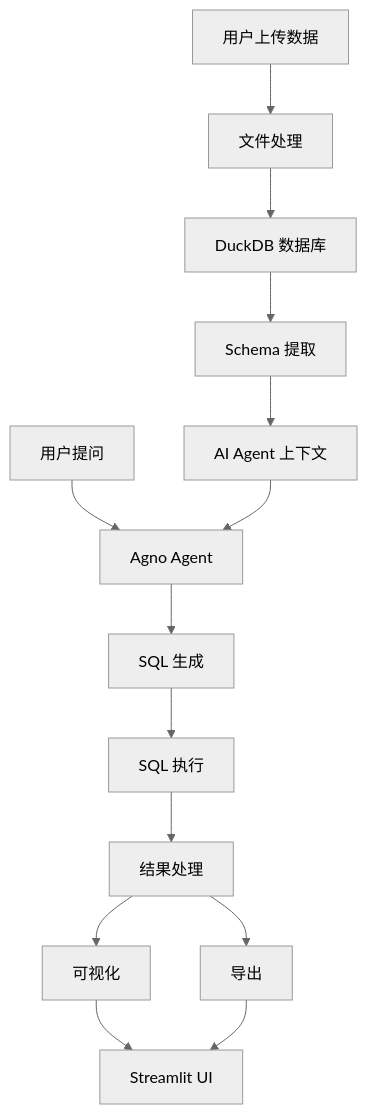
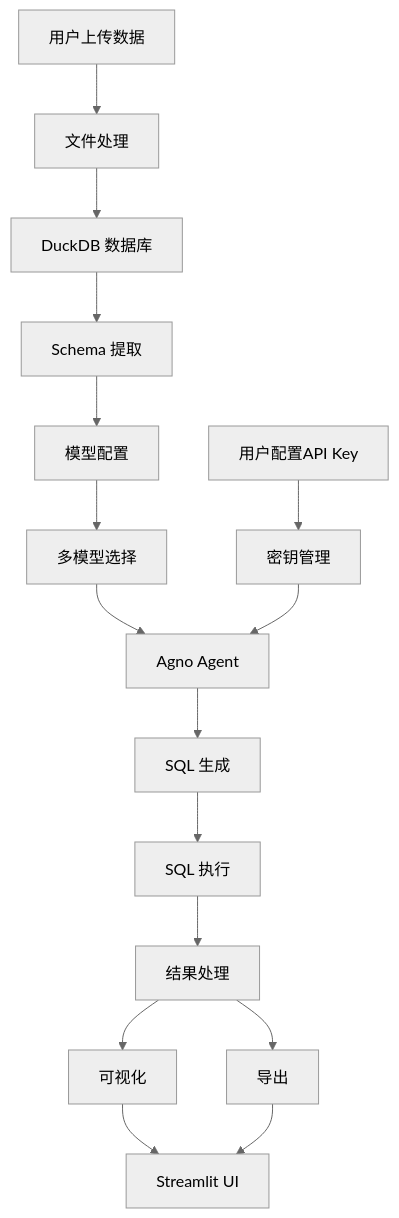
One commit to Leon-Acco/ai-acho-data-analysis-agent changed the diagram in README.md. Above: the diagram before and after it, drawn with Mermaid (neutral theme). The commit also changed other lines of this file and 6 other files, not shown here.

````diff
--- a/README.md
+++ b/README.md
@@ -179,16 +288,18 @@
 ```mermaid
 graph TD
     A[用户上传数据] --> B[文件处理]
     B --> C[DuckDB 数据库]
     C --> D[Schema 提取]
-    D --> E[AI Agent 上下文]
-    F[用户提问] --> G[Agno Agent]
-    E --> G
-    G --> H[SQL 生成]
-    H --> I[SQL 执行]
-    I --> J[结果处理]
-    J --> K[可视化]
-    J --> L[导出]
-    K --> M[Streamlit UI]
-    L --> M
+    D --> E[模型配置]
+    E --> F[多模型选择]
+    F --> G[Agno Agent]
+    H[用户配置API Key] --> I[密钥管理]
+    I --> G
+    G --> J[SQL 生成]
+    J --> K[SQL 执行]
+    K --> L[结果处理]
+    L --> M[可视化]
+    L --> N[导出]
+    M --> O[Streamlit UI]
+    N --> O
 ```
````
